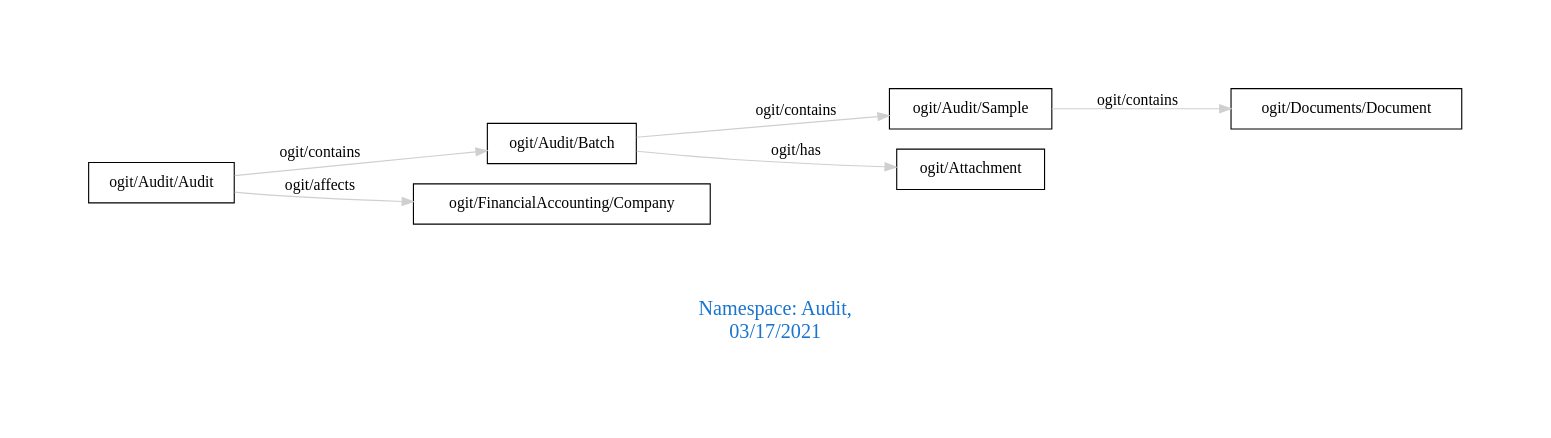
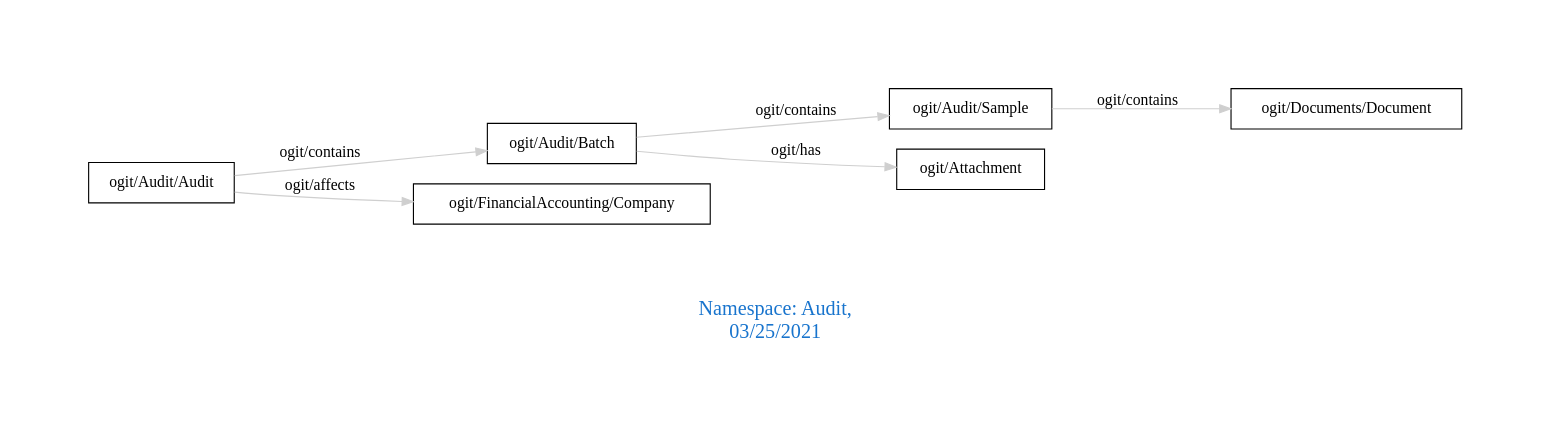
The diagram in downloads/Audit.dot (arago/OGIT), drawn with Graphviz before and after one commit. The commit also changed 1860 other files, not shown here.

```diff
--- a/downloads/Audit.dot
+++ b/downloads/Audit.dot
@@ -1,13 +1,13 @@
 digraph OGIT_ontology {
  graph [ rankdir= LR,pad=1 
 fontsize = 18,
-fontcolor= dodgerblue3,label = "\n\n\nNamespace: Audit, \n 03/17/2021"];
+fontcolor= dodgerblue3,label = "\n\n\nNamespace: Audit, \n 03/25/2021"];
 node[shape=polygon];
 edge [  color="gray81"];
 
    "ogit/Audit/Audit" -> "ogit/Audit/Batch" [label="   ogit/contains    "];
    "ogit/Audit/Batch" -> "ogit/Audit/Sample" [label="   ogit/contains    "];
    "ogit/Audit/Sample" -> "ogit/Documents/Document" [label="   ogit/contains    "];
    "ogit/Audit/Audit" -> "ogit/FinancialAccounting/Company" [label="   ogit/affects    "];
    "ogit/Audit/Batch" -> "ogit/Attachment" [label="   ogit/has    "];
 }
```
